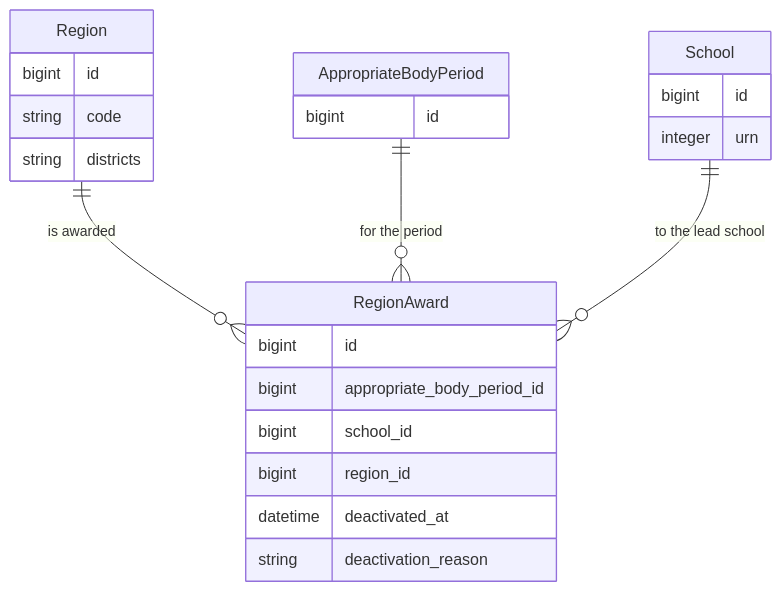
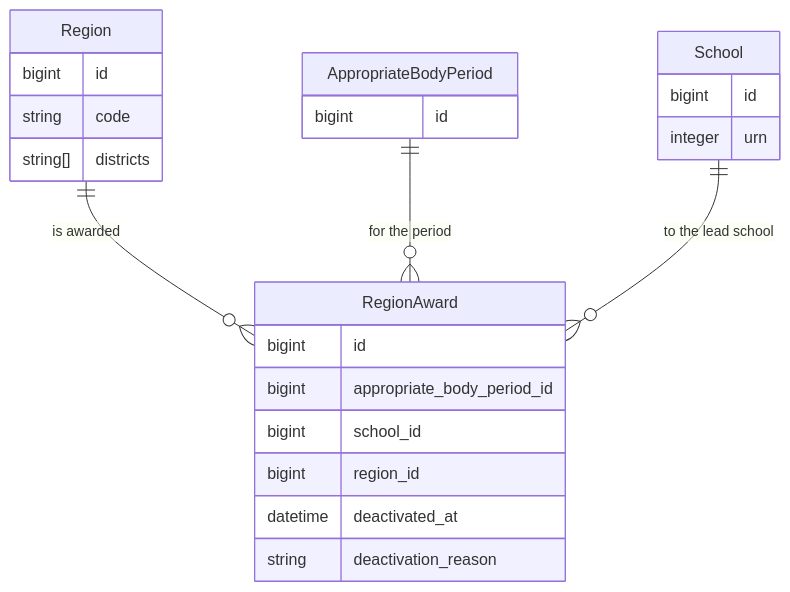
Before and after one commit to DFE-Digital/register-early-career-teachers-public: the fifth of 5 diagrams in documentation/appropriate-bodies.md, drawn with Mermaid. The commit also changed other lines of this file, not shown here.

````diff
--- a/documentation/appropriate-bodies.md
+++ b/documentation/appropriate-bodies.md
@@ -150,26 +150,26 @@
 ```mermaid
 erDiagram
   Region {
     bigint id
     string code
-    string districts
+    string[] districts
   }
   RegionAward {
     bigint id
     bigint appropriate_body_period_id
     bigint school_id
     bigint region_id
     datetime deactivated_at
     string deactivation_reason
   }
   AppropriateBodyPeriod {
     bigint id
   }
   School {
     bigint id
     integer urn
   }
   Region ||--o{ RegionAward : "is awarded"
   AppropriateBodyPeriod ||--o{ RegionAward : "for the period"
   School ||--o{ RegionAward : "to the lead school"
 ```
````
